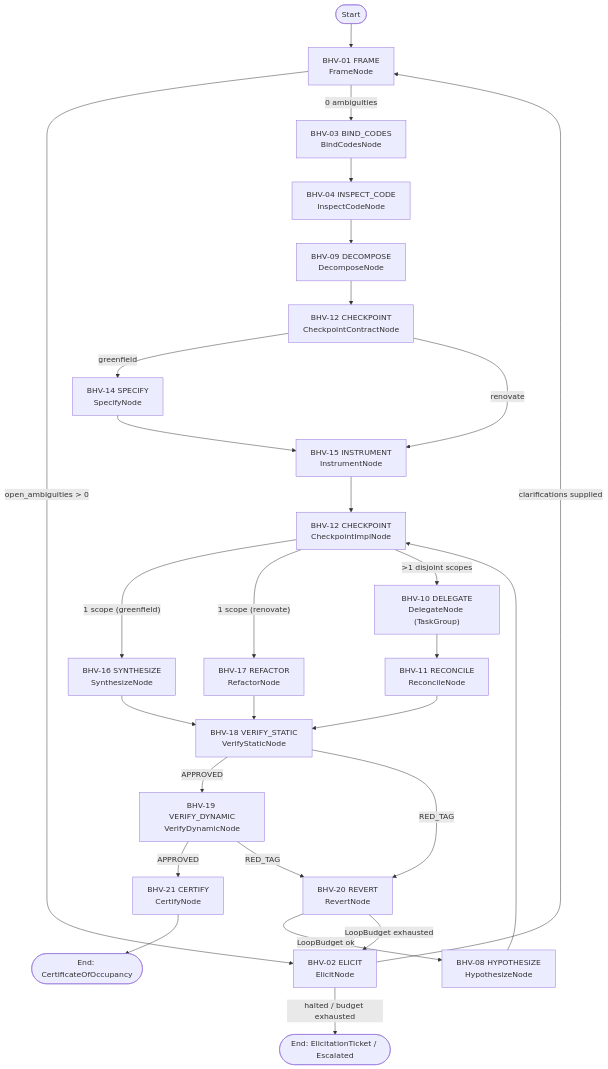
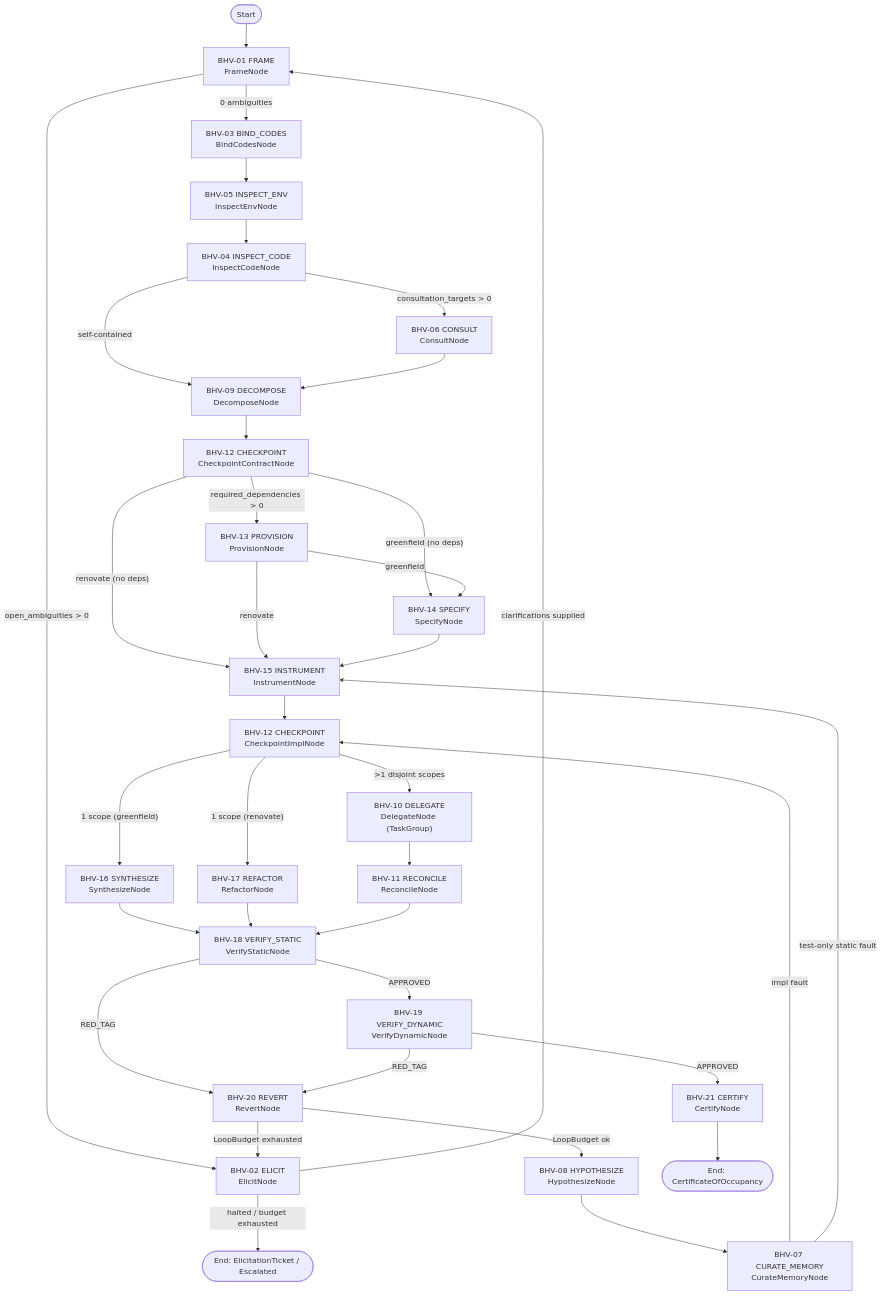
The diagram in docs/whitepaper.md (futileandstupid/jezz), drawn with Mermaid before and after one commit. The commit also changed other lines of this file and 6 other files, not shown here.

First line of the commit message:
docs(v0.2.0): align whitepaper, Pillar 2-4 specs, roadmap, and PCE skill with Tracks 9-12

````diff
--- a/docs/whitepaper.md
+++ b/docs/whitepaper.md
@@ -146,30 +146,38 @@
 ```mermaid
 flowchart TD
     Start(["Start"]) --> Frame["BHV-01 FRAME\nFrameNode"]
     Frame -->|"open_ambiguities > 0"| Elicit["BHV-02 ELICIT\nElicitNode"]
     Elicit -->|"clarifications supplied"| Frame
     Elicit -->|"halted / budget exhausted"| EndHalt(["End: ElicitationTicket / Escalated"])
     Frame -->|"0 ambiguities"| Bind["BHV-03 BIND_CODES\nBindCodesNode"]
-    Bind --> Inspect["BHV-04 INSPECT_CODE\nInspectCodeNode"]
-    Inspect --> Decomp["BHV-09 DECOMPOSE\nDecomposeNode"]
+    Bind --> IEnv["BHV-05 INSPECT_ENV\nInspectEnvNode"]
+    IEnv --> Inspect["BHV-04 INSPECT_CODE\nInspectCodeNode"]
+    Inspect -->|"consultation_targets > 0"| Consult["BHV-06 CONSULT\nConsultNode"]
+    Inspect -->|"self-contained"| Decomp["BHV-09 DECOMPOSE\nDecomposeNode"]
+    Consult --> Decomp
     Decomp --> CkptC["BHV-12 CHECKPOINT\nCheckpointContractNode"]
-    CkptC -->|"greenfield"| Spec["BHV-14 SPECIFY\nSpecifyNode"]
-    CkptC -->|"renovate"| Inst["BHV-15 INSTRUMENT\nInstrumentNode"]
+    CkptC -->|"required_dependencies > 0"| Prov["BHV-13 PROVISION\nProvisionNode"]
+    CkptC -->|"greenfield (no deps)"| Spec["BHV-14 SPECIFY\nSpecifyNode"]
+    CkptC -->|"renovate (no deps)"| Inst["BHV-15 INSTRUMENT\nInstrumentNode"]
+    Prov -->|"greenfield"| Spec
+    Prov -->|"renovate"| Inst
     Spec --> Inst
     Inst --> CkptI["BHV-12 CHECKPOINT\nCheckpointImplNode"]
     CkptI -->|"1 scope (greenfield)"| Synth["BHV-16 SYNTHESIZE\nSynthesizeNode"]
     CkptI -->|"1 scope (renovate)"| Refac["BHV-17 REFACTOR\nRefactorNode"]
     CkptI -->|">1 disjoint scopes"| Deleg["BHV-10 DELEGATE\nDelegateNode (TaskGroup)"]
     Deleg --> Recon["BHV-11 RECONCILE\nReconcileNode"]
     Synth --> VStat["BHV-18 VERIFY_STATIC\nVerifyStaticNode"]
     Refac --> VStat
     Recon --> VStat
     VStat -->|"APPROVED"| VDyn["BHV-19 VERIFY_DYNAMIC\nVerifyDynamicNode"]
     VStat -->|"RED_TAG"| Rev["BHV-20 REVERT\nRevertNode"]
     VDyn -->|"APPROVED"| Cert["BHV-21 CERTIFY\nCertifyNode"]
     VDyn -->|"RED_TAG"| Rev
     Rev -->|"LoopBudget ok"| Hyp["BHV-08 HYPOTHESIZE\nHypothesizeNode"]
     Rev -->|"LoopBudget exhausted"| Elicit
-    Hyp --> CkptI
+    Hyp --> Curate["BHV-07 CURATE_MEMORY\nCurateMemoryNode"]
+    Curate -->|"impl fault"| CkptI
+    Curate -->|"test-only static fault"| Inst
     Cert --> EndOk(["End: CertificateOfOccupancy"])
 ```
````
